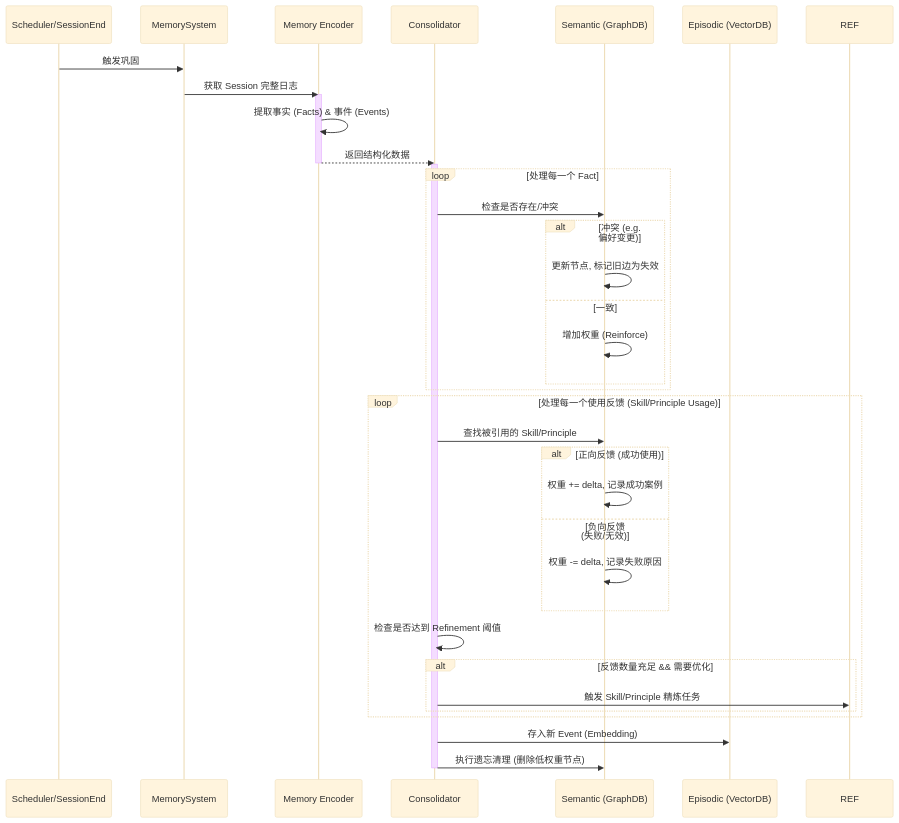
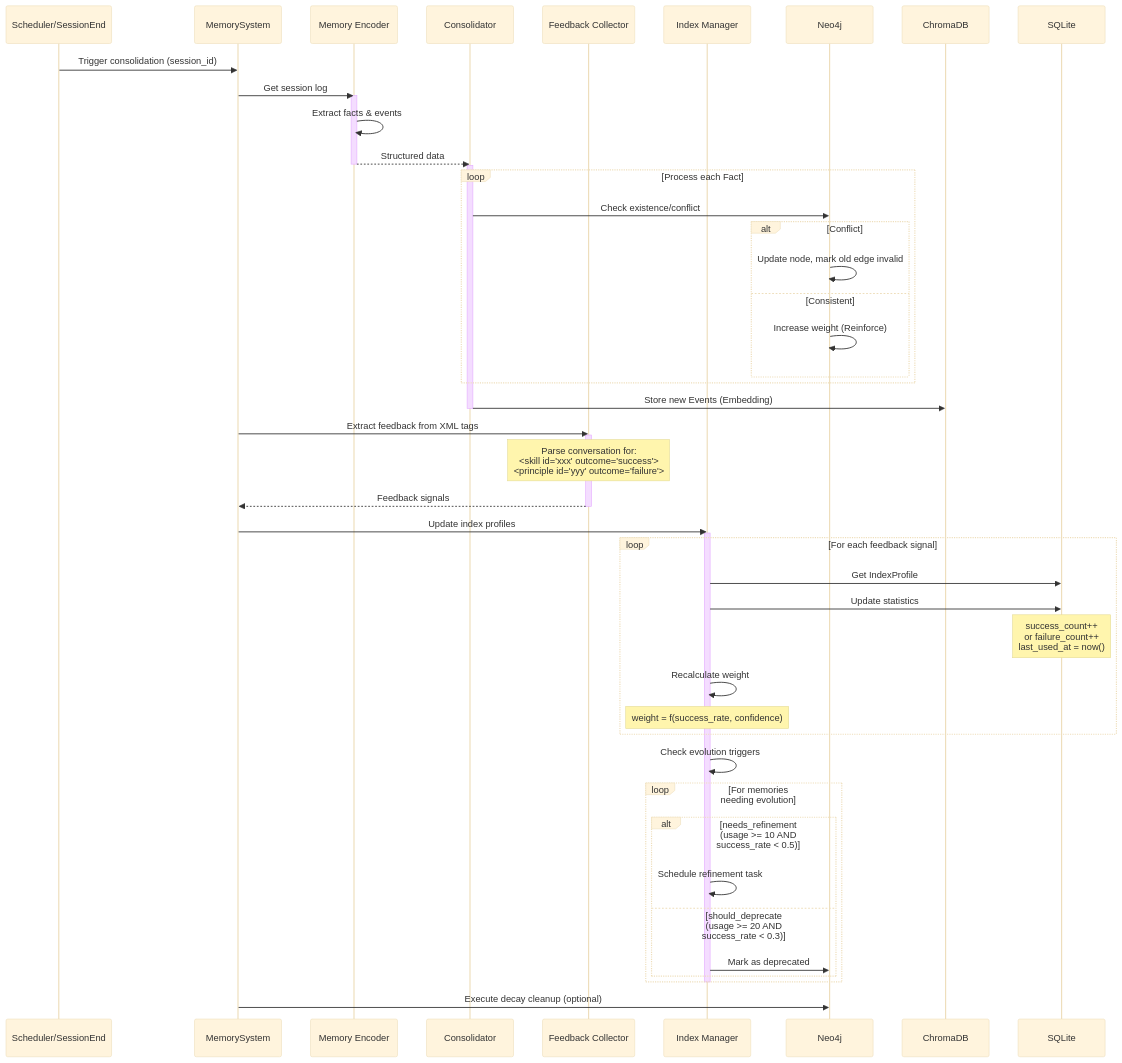
One commit to Lincyaw/h-mem changed the second of 6 diagrams in docs/workflows.md. Above: the diagram before and after it, drawn with Mermaid (base theme). The commit also changed other lines of this file and 2 other files, not shown here.

````diff
--- a/docs/workflows.md
+++ b/docs/workflows.md
@@ -54,44 +108,64 @@
 ```mermaid
-sequenceDiagram  
-    participant Trigger as Scheduler/SessionEnd  
-    participant MS as MemorySystem  
-    participant ENC as Memory Encoder  
-    participant CON as Consolidator  
-    participant GDB as Semantic (GraphDB)  
-    participant VDB as Episodic (VectorDB)
+sequenceDiagram
+    participant Trigger as Scheduler/SessionEnd
+    participant MS as MemorySystem
+    participant ENC as Memory Encoder
+    participant CON as Consolidator
+    participant FB as Feedback Collector
+    participant IDX as Index Manager
+    participant GDB as Neo4j
+    participant VDB as ChromaDB
+    participant SQL as SQLite
 
-    Trigger->>MS: 触发巩固  
-    MS->>ENC: 获取 Session 完整日志  
-    activate ENC  
-    ENC->>ENC: 提取事实 (Facts) & 事件 (Events)  
-    ENC-->>CON: 返回结构化数据  
-    deactivate ENC  
-      
-    activate CON  
-    loop 处理每一个 Fact  
-        CON->>GDB: 检查是否存在/冲突  
-        alt 冲突 (e.g. 偏好变更)  
-            GDB->>GDB: 更新节点, 标记旧边为失效  
-        else 一致  
-            GDB->>GDB: 增加权重 (Reinforce)  
-        end  
-    end  
-      
-    loop 处理每一个使用反馈 (Skill/Principle Usage)
-        CON->>GDB: 查找被引用的 Skill/Principle
-        alt 正向反馈 (成功使用)
-            GDB->>GDB: 权重 += delta, 记录成功案例
-        else 负向反馈 (失败/无效)
-            GDB->>GDB: 权重 -= delta, 记录失败原因
-        end
-        CON->>CON: 检查是否达到 Refinement 阈值
-        alt 反馈数量充足 && 需要优化
-            CON->>REF: 触发 Skill/Principle 精炼任务
+    Trigger->>MS: Trigger consolidation (session_id)
+
+    MS->>ENC: Get session log
+    activate ENC
+    ENC->>ENC: Extract facts & events
+    ENC-->>CON: Structured data
+    deactivate ENC
+
+    activate CON
+    loop Process each Fact
+        CON->>GDB: Check existence/conflict
+        alt Conflict
+            GDB->>GDB: Update node, mark old edge invalid
+        else Consistent
+            GDB->>GDB: Increase weight (Reinforce)
         end
     end
-      
-    CON->>VDB: 存入新 Event (Embedding)  
-      
-    CON->>GDB: 执行遗忘清理 (删除低权重节点)  
+
+    CON->>VDB: Store new Events (Embedding)
     deactivate CON
+
+    MS->>FB: Extract feedback from XML tags
+    activate FB
+    Note over FB: Parse conversation for:<br/><skill id="xxx" outcome="success"><br/><principle id="yyy" outcome="failure">
+    FB-->>MS: Feedback signals
+    deactivate FB
+
+    MS->>IDX: Update index profiles
+    activate IDX
+
+    loop For each feedback signal
+        IDX->>SQL: Get IndexProfile
+        IDX->>SQL: Update statistics
+        Note over SQL: success_count++<br/>or failure_count++<br/>last_used_at = now()
+
+        IDX->>IDX: Recalculate weight
+        Note over IDX: weight = f(success_rate, confidence)
+    end
+
+    IDX->>IDX: Check evolution triggers
+    loop For memories needing evolution
+        alt needs_refinement (usage >= 10 AND success_rate < 0.5)
+            IDX->>IDX: Schedule refinement task
+        else should_deprecate (usage >= 20 AND success_rate < 0.3)
+            IDX->>GDB: Mark as deprecated
+        end
+    end
+
+    deactivate IDX
+
+    MS->>GDB: Execute decay cleanup (optional)
 ```
````
